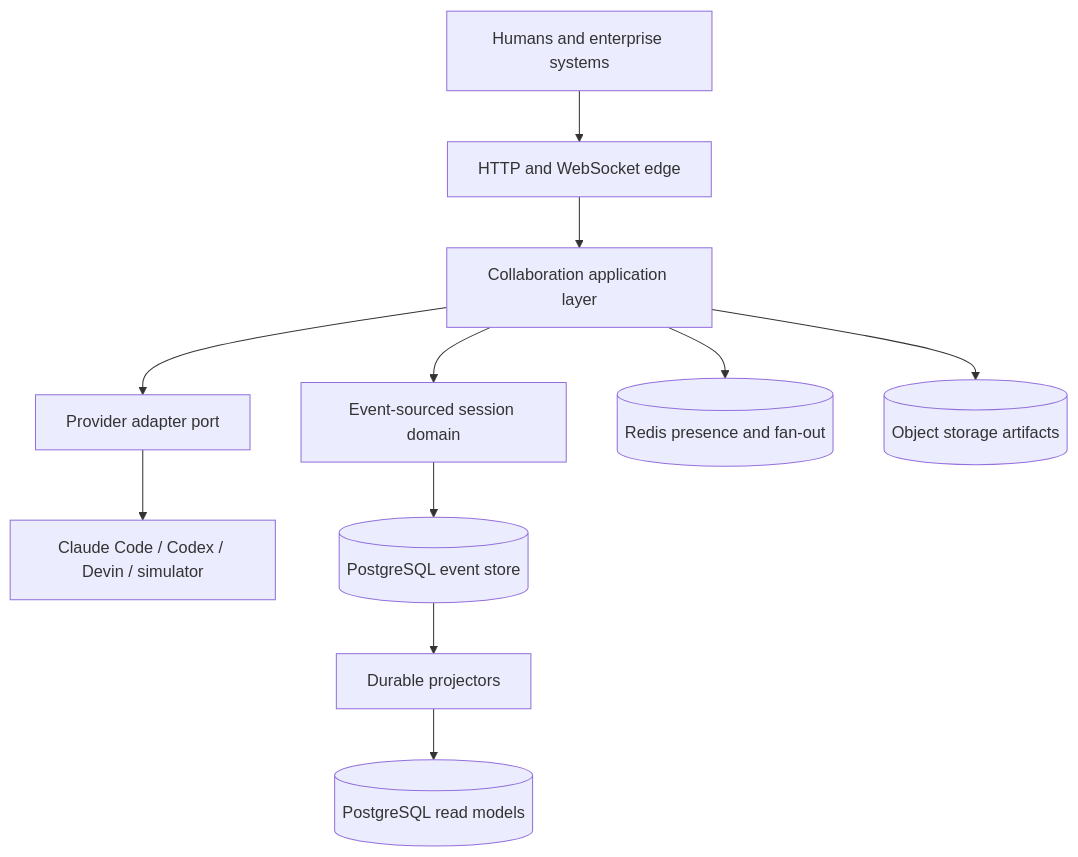
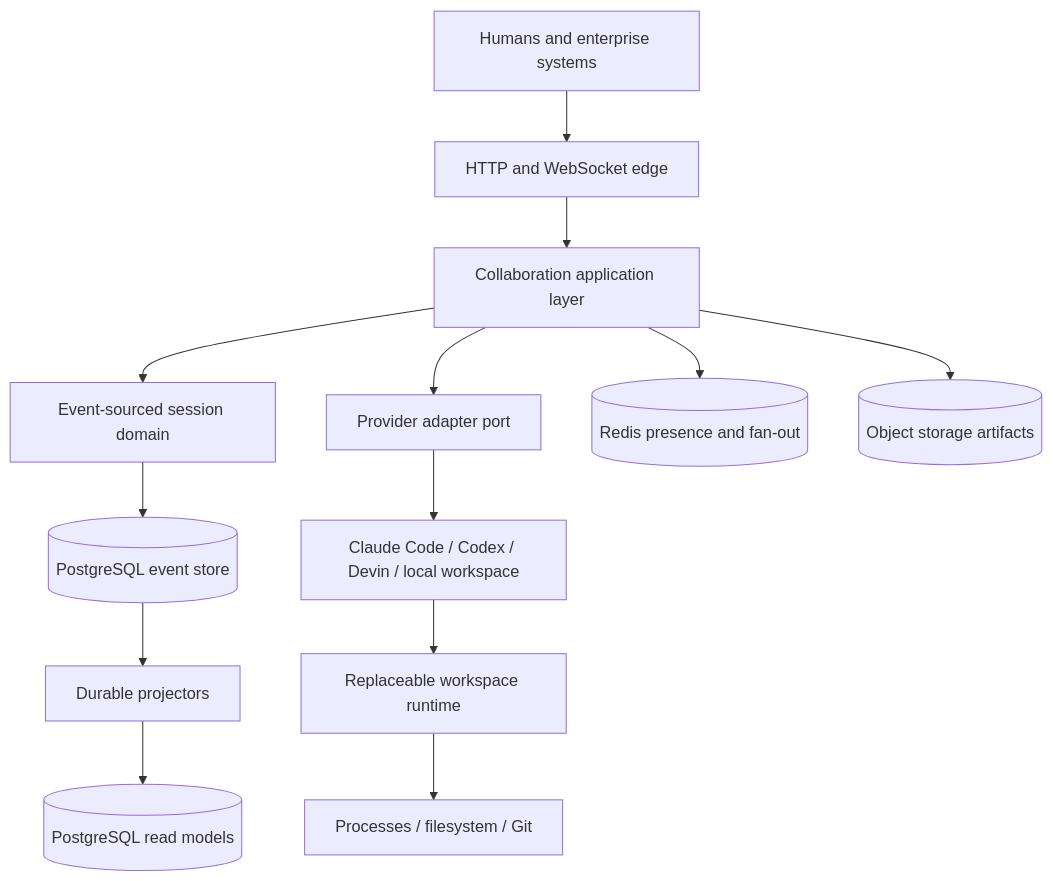
One commit to KavinSivaharan/Parallel changed the diagram in docs/architecture/README.md. Above: the diagram before and after it, drawn with Mermaid. The commit also changed other lines of this file and 20 other files, not shown here.

Commit message:
feat: ship workspace timeline forks and replay

````diff
--- a/docs/architecture/README.md
+++ b/docs/architecture/README.md
@@ -5,13 +5,15 @@
 ```mermaid
 flowchart TB
   humans[Humans and enterprise systems] --> edge[HTTP and WebSocket edge]
   edge --> app[Collaboration application layer]
   app --> domain[Event-sourced session domain]
   app --> adapters[Provider adapter port]
-  adapters --> providers[Claude Code / Codex / Devin / simulator]
+  adapters --> providers[Claude Code / Codex / Devin / local workspace]
+  providers --> runtime[Replaceable workspace runtime]
+  runtime --> processes[Processes / filesystem / Git]
   domain --> pg[(PostgreSQL event store)]
   app --> redis[(Redis presence and fan-out)]
   app --> objects[(Object storage artifacts)]
   pg --> projectors[Durable projectors]
   projectors --> reads[(PostgreSQL read models)]
 ```
````
